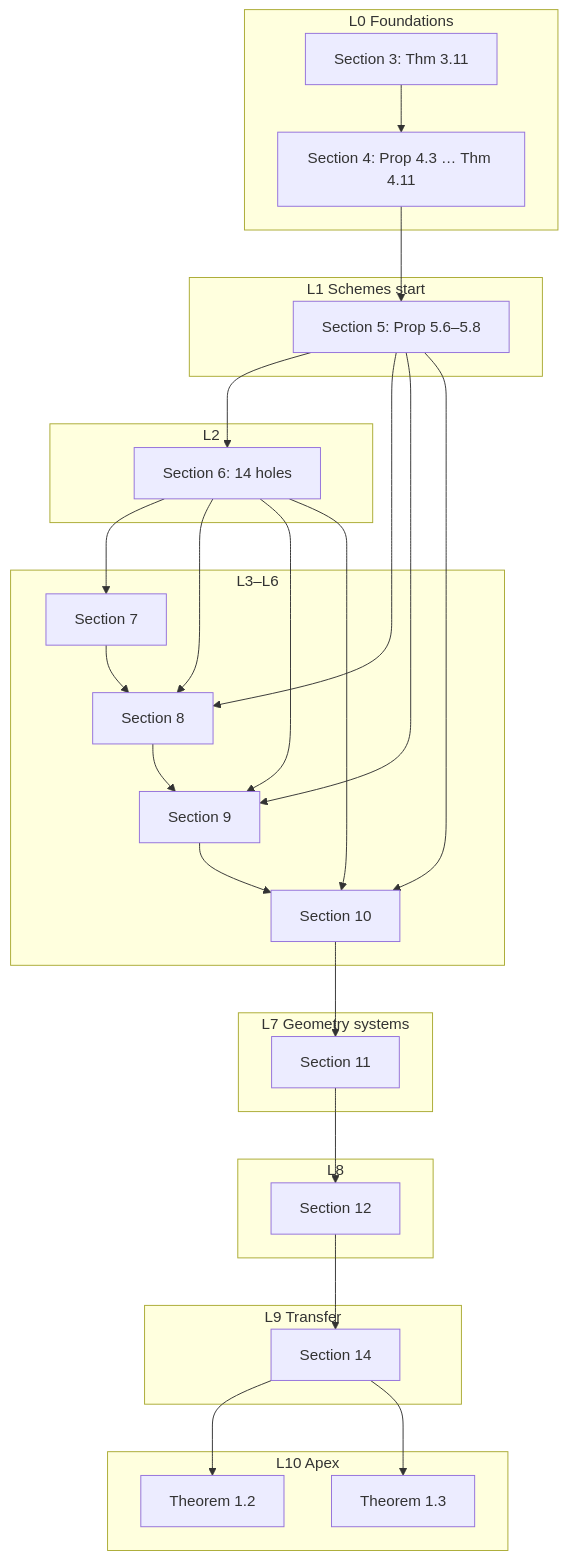
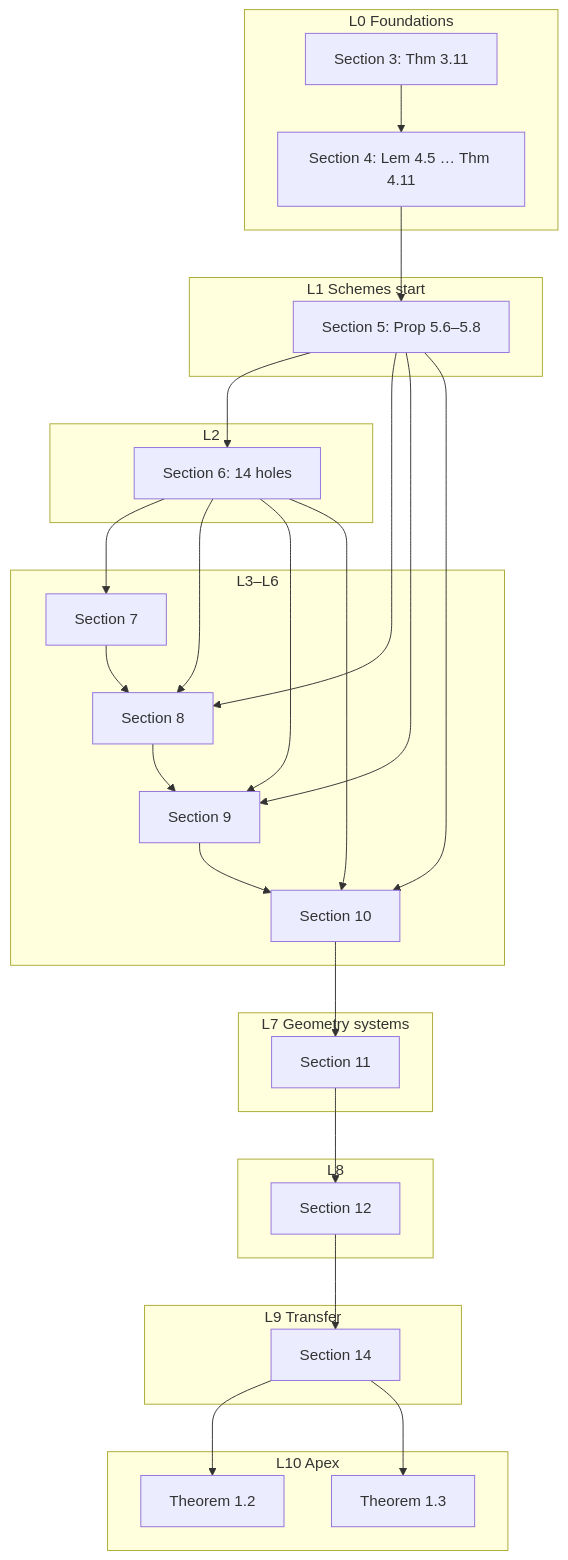
Before and after one commit to catskillsresearch/aec: the diagram in HOLES.md, drawn with Mermaid. The commit also changed other lines of this file and 10 other files, not shown here.

````diff
--- a/HOLES.md
+++ b/HOLES.md
@@ -52,42 +53,42 @@
 ```mermaid
 flowchart TD
   subgraph L0 [L0 Foundations]
     S3["Section 3: Thm 3.11"]
-    S4["Section 4: Prop 4.3 … Thm 4.11"]
+    S4["Section 4: Lem 4.5 … Thm 4.11"]
   end
   subgraph L1 [L1 Schemes start]
     S5["Section 5: Prop 5.6–5.8"]
   end
   subgraph L2 [L2]
     S6["Section 6: 14 holes"]
   end
   subgraph L3to6 [L3–L6]
     S7["Section 7"]
     S8["Section 8"]
     S9["Section 9"]
     S10["Section 10"]
   end
   subgraph L7 [L7 Geometry systems]
     S11["Section 11"]
   end
   subgraph L8 [L8]
     S12["Section 12"]
   end
   subgraph L9 [L9 Transfer]
     S14["Section 14"]
   end
   subgraph L10 [L10 Apex]
     T12["Theorem 1.2"]
     T13["Theorem 1.3"]
   end
   S3 --> S4
   S4 --> S5 --> S6 --> S7 --> S8 --> S9 --> S10
   S5 --> S8
   S5 --> S9
   S5 --> S10
   S6 --> S8
   S6 --> S9
   S6 --> S10
   S10 --> S11 --> S12 --> S14 --> T12
   S14 --> T13
 ```
````
